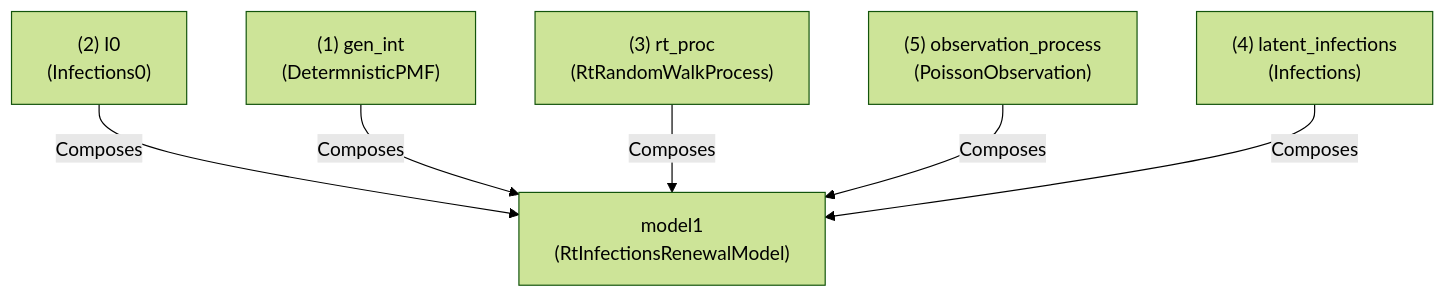
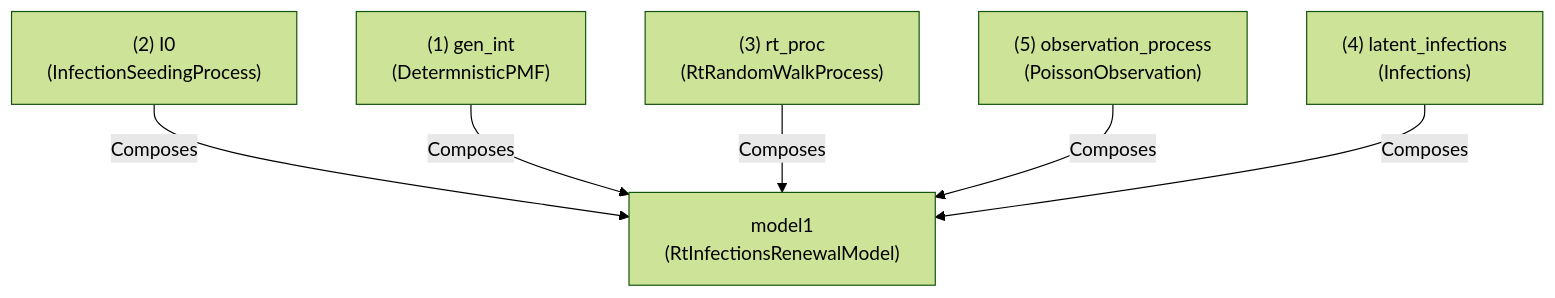
The first of 2 diagrams in model/docs/getting-started.qmd (CDCgov/PyRenew), drawn with Mermaid (forest theme) before and after one commit. The commit also changed other lines of this file and 2 other files, not shown here.

````diff
--- a/model/docs/getting-started.qmd
+++ b/model/docs/getting-started.qmd
@@ -119,18 +121,18 @@
 ```{mermaid}
 %%| label: overview-of-RtInfectionsRenewalModel
 %%| include: true
 flowchart TB
     genint["(1) gen_int\n(DetermnisticPMF)"]
-    i0["(2) I0\n(Infections0)"]
+    i0["(2) I0\n(InfectionSeedingProcess)"]
     rt["(3) rt_proc\n(RtRandomWalkProcess)"]
     inf["(4) latent_infections\n(Infections)"]
     obs["(5) observation_process\n(PoissonObservation)"]
 
     model1["model1\n(RtInfectionsRenewalModel)"]
 
     i0-->|Composes|model1
     genint-->|Composes|model1
     rt-->|Composes|model1
     obs-->|Composes|model1
     inf-->|Composes|model1
 ```
````
